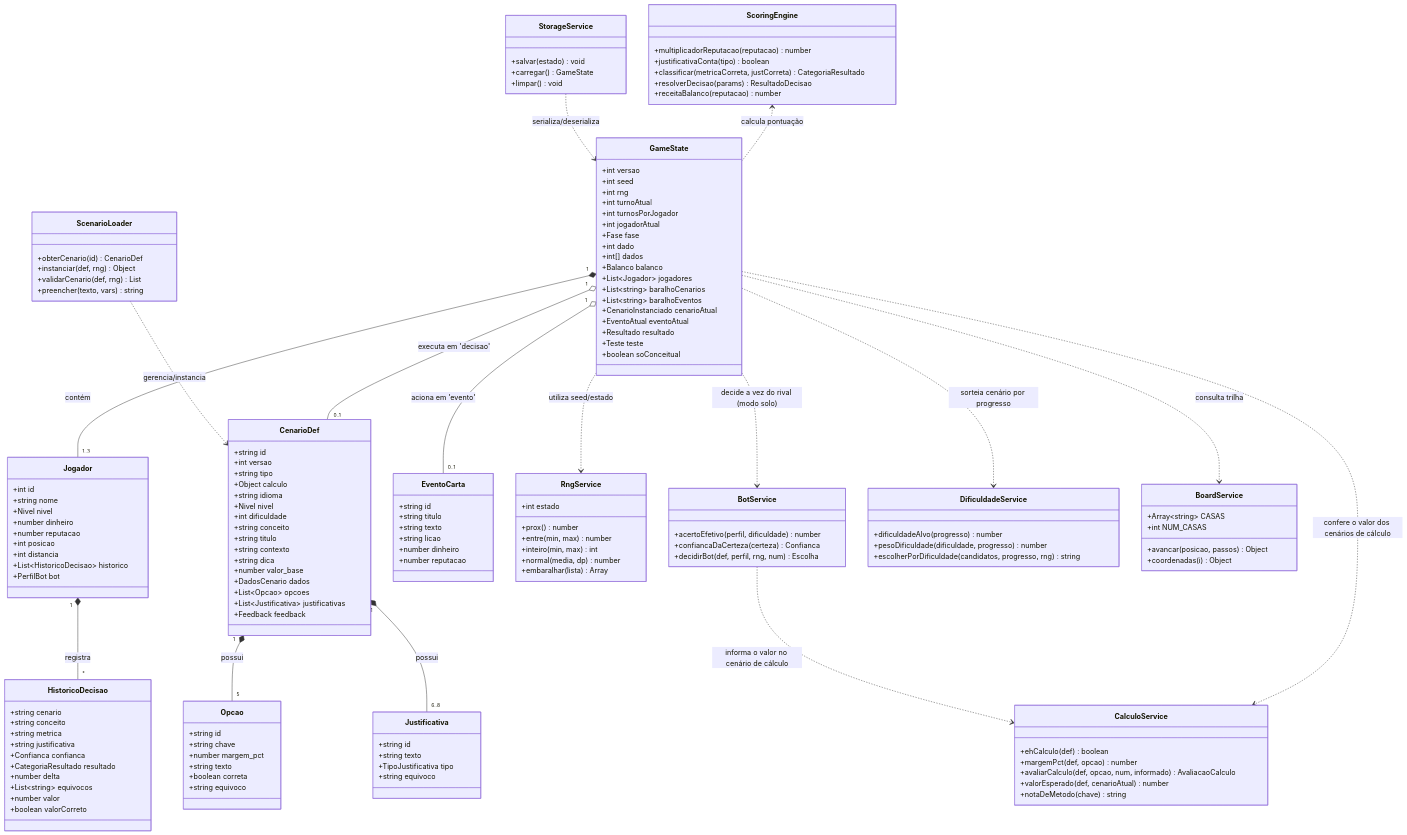
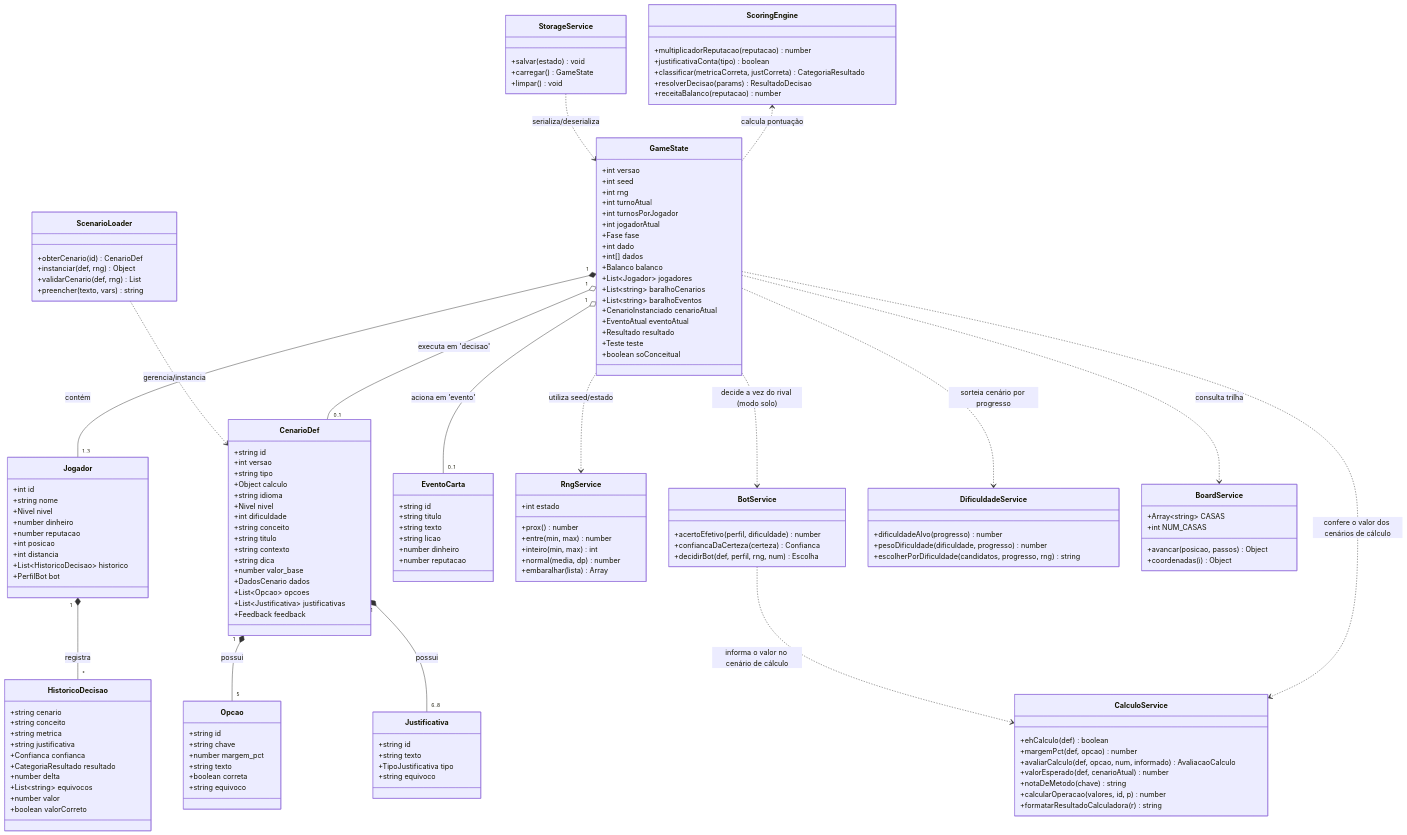
The first of 4 diagrams in docs/diagramas-uml.md (luiz2801/RFisher), drawn with Mermaid before and after one commit. The commit also changed other lines of this file and 8 other files, not shown here.

```diff
--- a/docs/diagramas-uml.md
+++ b/docs/diagramas-uml.md
@@ -123,6 +123,8 @@
         +avaliarCalculo(def, opcao, num, informado) AvaliacaoCalculo
         +valorEsperado(def, cenarioAtual) number
         +notaDeMetodo(chave) string
+        +calcularOperacao(valores, id, p) number
+        +formatarResultadoCalculadora(r) string
     }
 
     class DificuldadeService {
```
